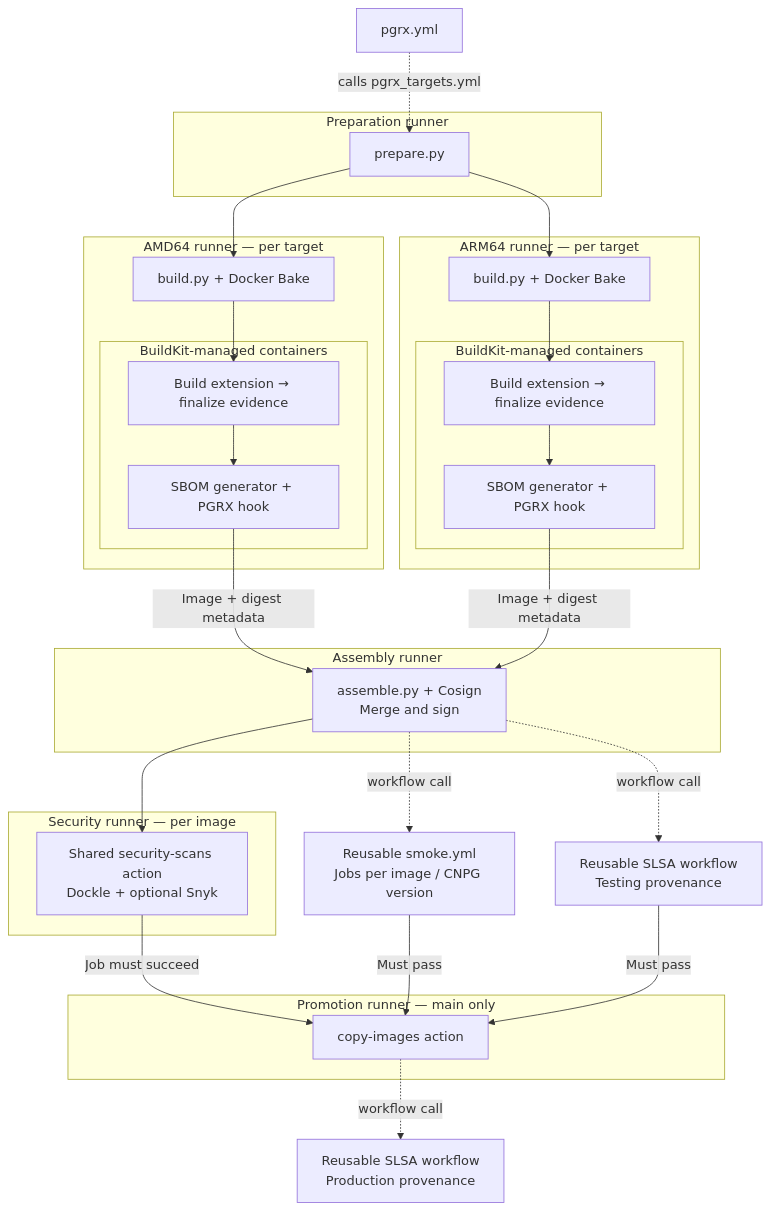
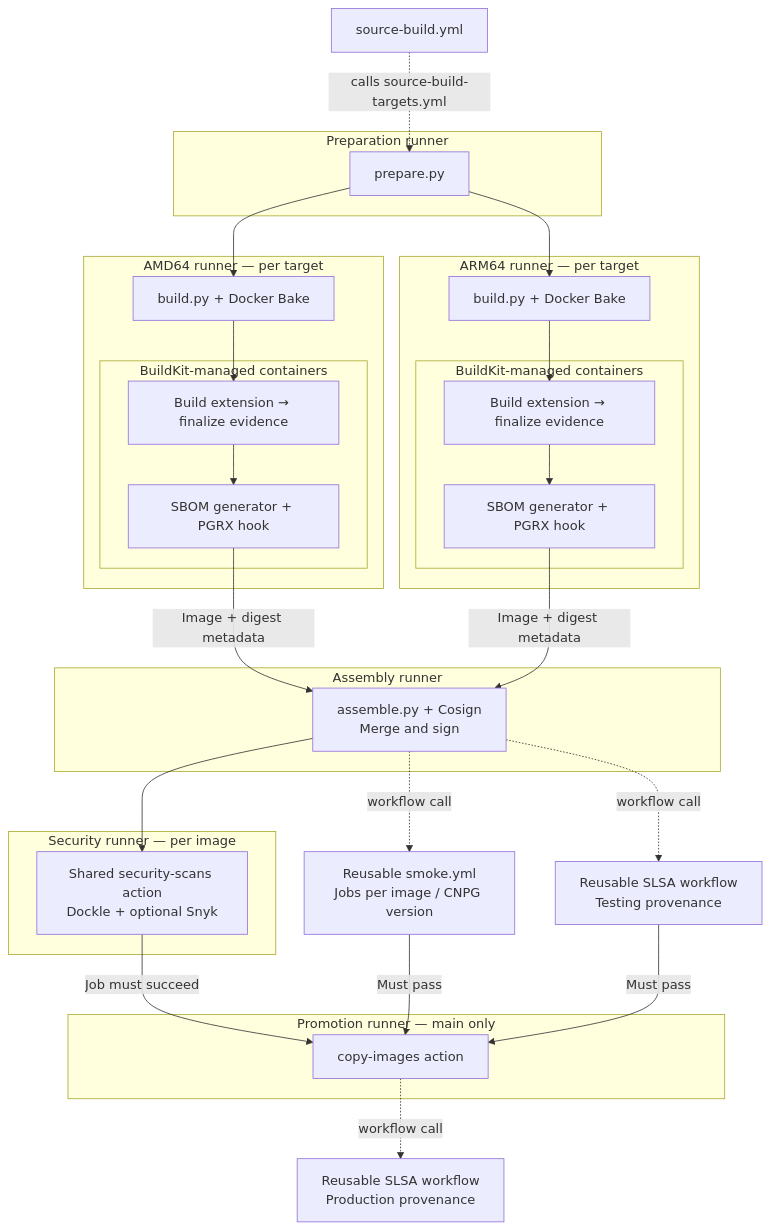
One commit to ardentperf-labs/postgres-extensions-containers changed the diagram in pgrx/README.md. Above: the diagram before and after it, drawn with Mermaid. The commit also changed other lines of this file and 44 other files, not shown here.

````diff
--- a/pgrx/README.md
+++ b/pgrx/README.md
@@ -61,57 +62,57 @@
 ```mermaid
 flowchart TD
-    Entry["pgrx.yml"] -. "calls pgrx_targets.yml" .-> Prepare
+    Entry["source-build.yml"] -. "calls source-build-targets.yml" .-> Prepare
 
     subgraph PrepRunner["Preparation runner"]
         Prepare["prepare.py"]
     end
 
     subgraph AMD["AMD64 runner — per target"]
         AB["build.py + Docker Bake"]
         subgraph AC["BuildKit-managed containers"]
             AX["Build extension → finalize evidence"]
             AG["SBOM generator + PGRX hook"]
             AX --> AG
         end
         AB --> AX
     end
 
     subgraph ARM["ARM64 runner — per target"]
         RB["build.py + Docker Bake"]
         subgraph RC["BuildKit-managed containers"]
             RX["Build extension → finalize evidence"]
             RG["SBOM generator + PGRX hook"]
             RX --> RG
         end
         RB --> RX
     end
 
     subgraph Assembly["Assembly runner"]
         Assemble["assemble.py + Cosign<br/>Merge and sign"]
     end
 
     subgraph Security["Security runner — per image"]
         Scan["Shared security-scans action<br/>Dockle + optional Snyk"]
     end
 
     Smoke["Reusable smoke.yml<br/>Jobs per image / CNPG version"]
     SLSA["Reusable SLSA workflow<br/>Testing provenance"]
 
     subgraph Promotion["Promotion runner — main only"]
         Promote["copy-images action"]
     end
 
     ProdSLSA["Reusable SLSA workflow<br/>Production provenance"]
 
     Prepare --> AB
     Prepare --> RB
     AG -->|"Image + digest metadata"| Assemble
     RG -->|"Image + digest metadata"| Assemble
     Assemble --> Scan
     Assemble -. "workflow call" .-> Smoke
     Assemble -. "workflow call" .-> SLSA
     Scan -->|"Job must succeed"| Promote
     Smoke -->|"Must pass"| Promote
     SLSA -->|"Must pass"| Promote
     Promote -. "workflow call" .-> ProdSLSA
 ```
````
